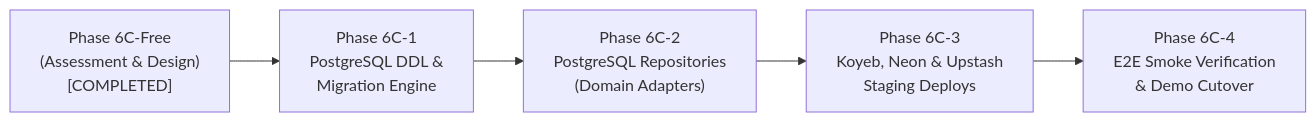
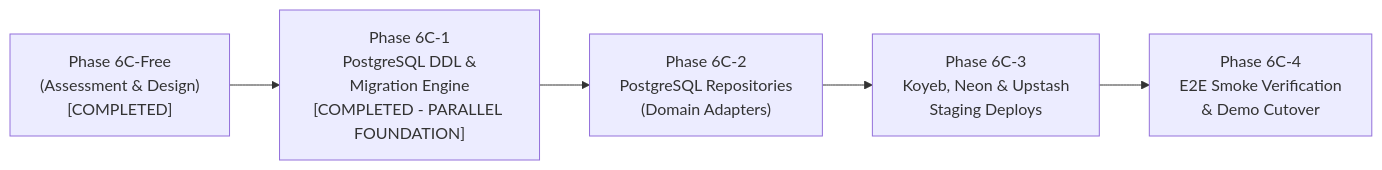
The second of 2 diagrams in docs/FREE_DEMO_ARCHITECTURE.md (mahmmoudnasser432-ux/CodeGuard-AI), drawn with Mermaid before and after one commit. The commit also changed other lines of this file and 11 other files, not shown here.

Commit message:
Add PostgreSQL persistence foundation

````diff
--- a/docs/FREE_DEMO_ARCHITECTURE.md
+++ b/docs/FREE_DEMO_ARCHITECTURE.md
@@ -391,10 +391,10 @@
 ```mermaid
 flowchart LR
     P6C["Phase 6C-Free\n(Assessment & Design)\n[COMPLETED]"]
-    P6C1["Phase 6C-1\nPostgreSQL DDL &\nMigration Engine"]
+    P6C1["Phase 6C-1\nPostgreSQL DDL &\nMigration Engine\n[COMPLETED - PARALLEL FOUNDATION]"]
     P6C2["Phase 6C-2\nPostgreSQL Repositories\n(Domain Adapters)"]
     P6C3["Phase 6C-3\nKoyeb, Neon & Upstash\nStaging Deploys"]
     P6C4["Phase 6C-4\nE2E Smoke Verification\n& Demo Cutover"]
 
     P6C --> P6C1 --> P6C2 --> P6C3 --> P6C4
 ```
````
